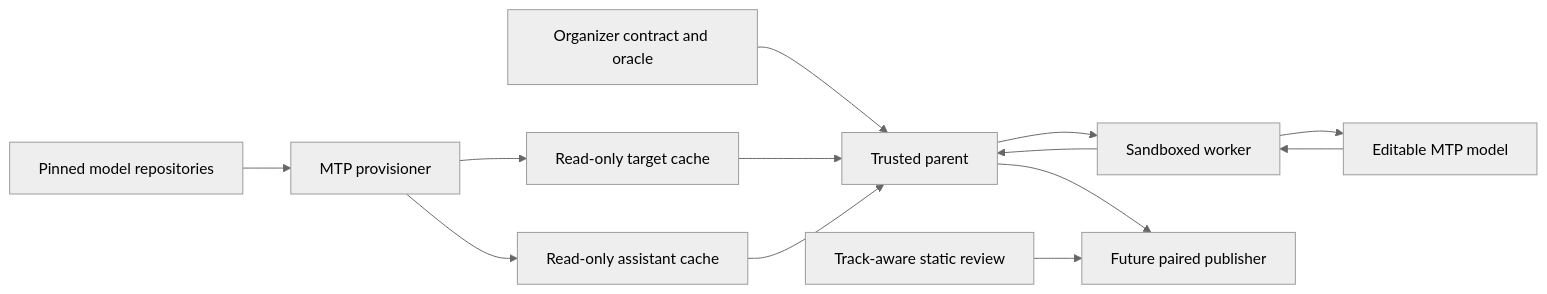
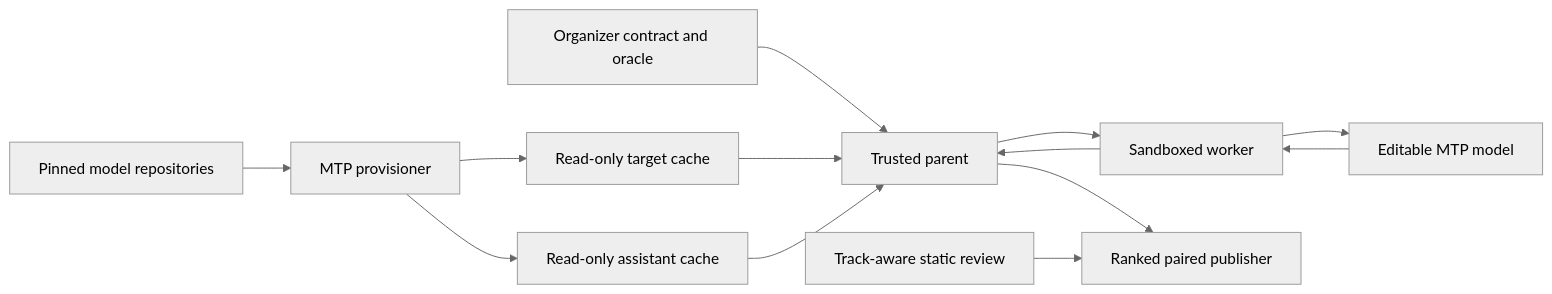
The diagram in docs/mlxfast-gemma-4-mtp-heads-threat-model.md (Layr-Labs/mlxfast-challenge-dev), drawn with Mermaid (neutral theme) before and after one commit. The commit also changed other lines of this file and 23 other files, not shown here.

````diff
--- a/docs/mlxfast-gemma-4-mtp-heads-threat-model.md
+++ b/docs/mlxfast-gemma-4-mtp-heads-threat-model.md
@@ -105,15 +128,15 @@
 ```mermaid
 flowchart LR
   H["Pinned model repositories"] --> P["MTP provisioner"]
   P --> C["Read-only target cache"]
   P --> A["Read-only assistant cache"]
   O["Organizer contract and oracle"] --> T["Trusted parent"]
   C --> T
   A --> T
   T --> W["Sandboxed worker"]
   W --> M["Editable MTP model"]
   M --> W
   W --> T
-  T --> R["Future paired publisher"]
+  T --> R["Ranked paired publisher"]
   S["Track-aware static review"] --> R
 ```
````
